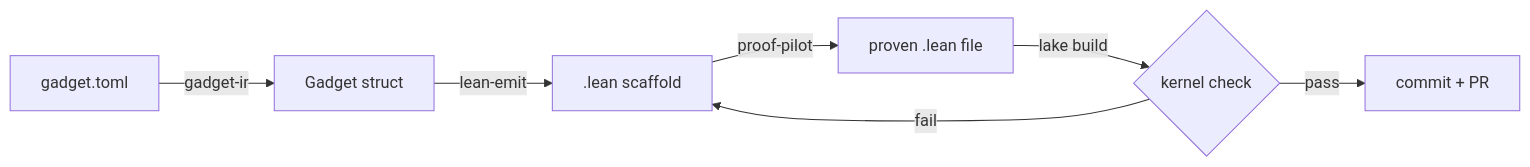
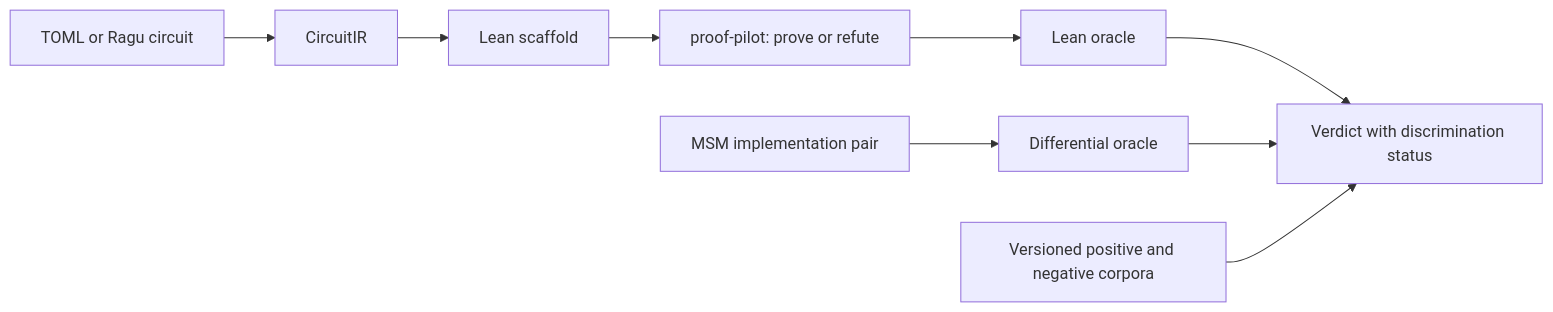
Before and after one commit to LucidSamuel/scribe: the diagram in docs/architecture.md, drawn with Mermaid. The commit also changed other lines of this file and 50 other files, not shown here.

First line of the commit message:
feat: add checked polynomial corpus and Ragu circuit refinement

````diff
--- a/docs/architecture.md
+++ b/docs/architecture.md
@@ -5,9 +9,11 @@
 ```mermaid
 graph LR
-    A[gadget.toml] -->|gadget-ir| B[Gadget struct]
-    B -->|lean-emit| C[.lean scaffold]
-    C -->|proof-pilot| D[proven .lean file]
-    D -->|lake build| E{kernel check}
-    E -->|pass| F[commit + PR]
-    E -->|fail| C
+    A[TOML or Ragu circuit] --> B[CircuitIR]
+    B --> C[Lean scaffold]
+    C --> D[proof-pilot: prove or refute]
+    D --> E[Lean oracle]
+    F[MSM implementation pair] --> G[Differential oracle]
+    E --> H[Verdict with discrimination status]
+    G --> H
+    I[Versioned positive and negative corpora] --> H
 ```
````
